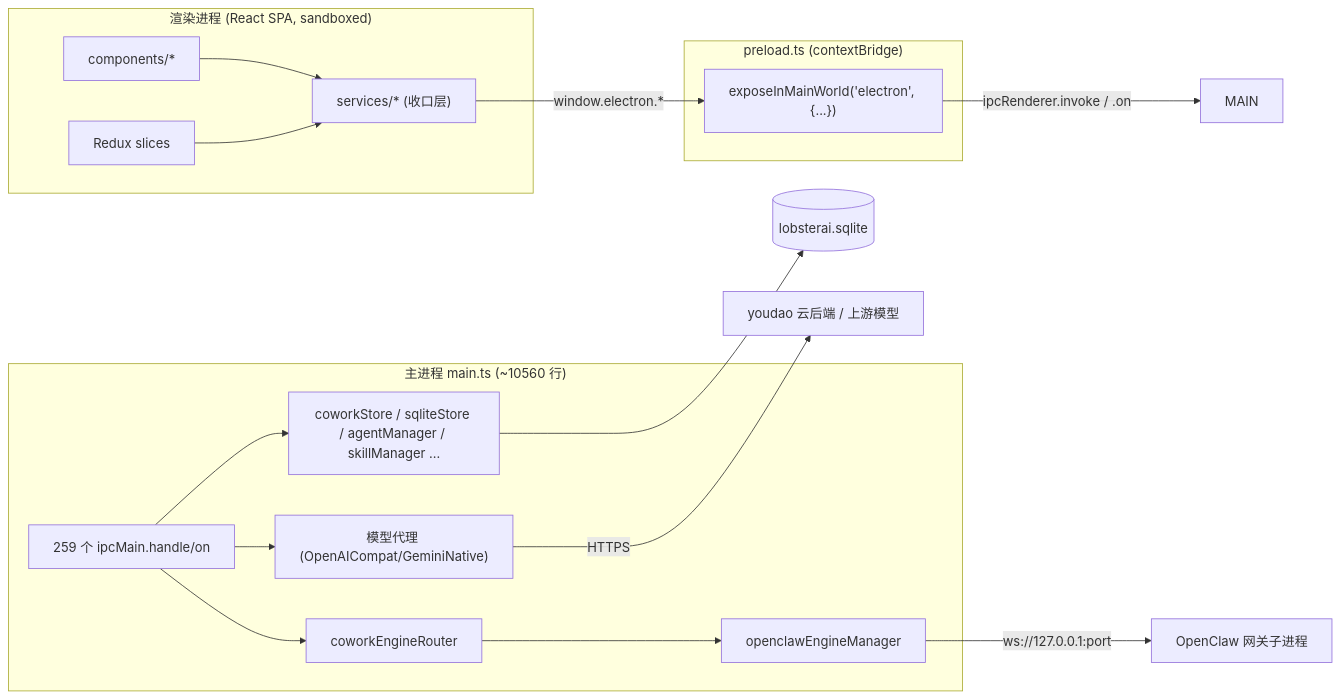
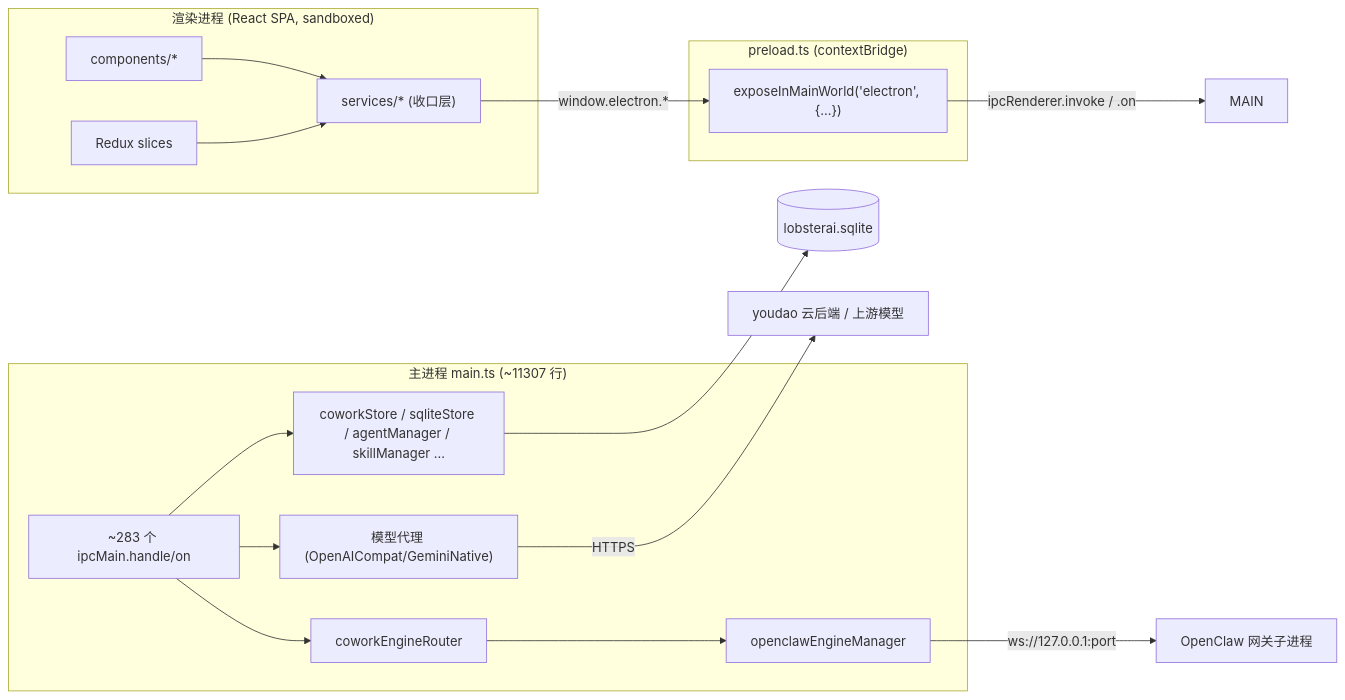
One commit to edward-ng-duke/LobsterAI changed the first of 3 diagrams in 改造计划/01-现状架构调研.md. Above: the diagram before and after it, drawn with Mermaid. The commit also changed other lines of this file and 22 other files, not shown here.

````diff
--- a/改造计划/01-现状架构调研.md
+++ b/改造计划/01-现状架构调研.md
@@ -32,28 +32,28 @@
 ```mermaid
 graph LR
   subgraph Renderer["渲染进程 (React SPA, sandboxed)"]
     UI[components/*]
     SVC["services/* (收口层)"]
     STORE["Redux slices"]
     UI --> SVC
     STORE --> SVC
   end
   SVC -->|window.electron.*| BRIDGE
   subgraph Preload["preload.ts (contextBridge)"]
     BRIDGE["exposeInMainWorld('electron', {...})"]
   end
   BRIDGE -->|ipcRenderer.invoke / .on| MAIN
-  subgraph Main["主进程 main.ts (~10560 行)"]
-    IPC["259 个 ipcMain.handle/on"]
+  subgraph Main["主进程 main.ts (~11307 行)"]
+    IPC["~283 个 ipcMain.handle/on"]
     ROUTER["coworkEngineRouter"]
     STORES["coworkStore / sqliteStore / agentManager / skillManager ..."]
     GW["openclawEngineManager"]
     PROXY["模型代理 (OpenAICompat/GeminiNative)"]
     IPC --> ROUTER --> GW
     IPC --> STORES
     IPC --> PROXY
   end
   GW -->|ws://127.0.0.1:port| OC["OpenClaw 网关子进程"]
   STORES --> DB[(lobsterai.sqlite)]
   PROXY -->|HTTPS| CLOUD["youdao 云后端 / 上游模型"]
 ```
````
